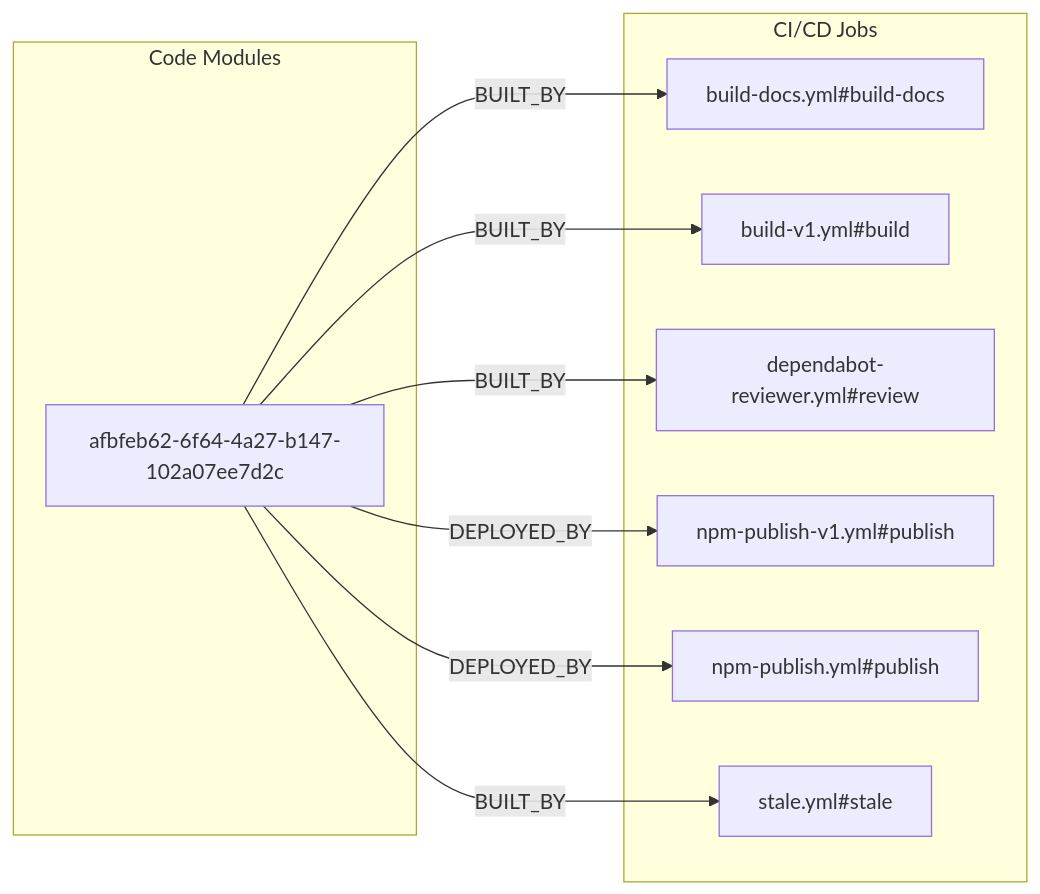
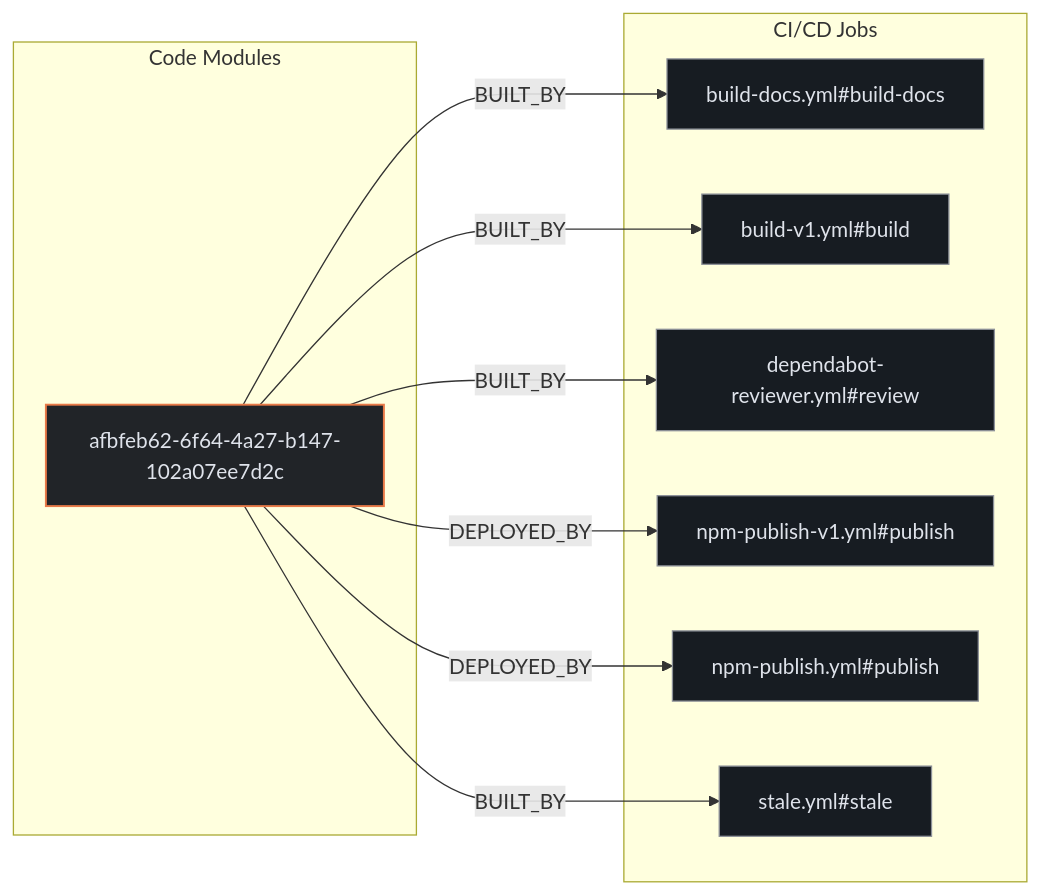
One commit to kumarshaz/atruss-code-atlas changed the second of 3 diagrams in exports/latest/reports/argoproj-argo-ui-report.md. Above: the diagram before and after it, drawn with Mermaid. The commit also changed other lines of this file and 331 other files, not shown here.

Commit message:
docs,ui,fix: update SDLC docs, reorder CI/CD DAG first, stylize Mermaid, and fix Arc42 pipeline topology

````diff
--- a/exports/latest/reports/argoproj-argo-ui-report.md
+++ b/exports/latest/reports/argoproj-argo-ui-report.md
@@ -200,20 +207,24 @@
 ```mermaid
 flowchart LR
+    classDef atlasCategory fill:#212428,stroke:#E87A48,stroke-width:1.5px,color:#dfe3eb
+    classDef atlasWorkflow fill:#1b2026,stroke:#a3c9ff,stroke-width:1.5px,color:#dfe3eb
+    classDef atlasJob fill:#171c22,stroke:#8d9199,stroke-width:1px,color:#dfe3eb
+    classDef atlasTarget fill:#005227,stroke:#8bd99b,stroke-width:1.5px,color:#a7f6b6
     subgraph code_modules["Code Modules"]
-        mod_afbfeb62_6f64_4a27_b147_102a07ee7d2c["afbfeb62-6f64-4a27-b147-102a07ee7d2c"]
+        mod_afbfeb62_6f64_4a27_b147_102a07ee7d2c["afbfeb62-6f64-4a27-b147-102a07ee7d2c"]:::atlasCategory
     end
     subgraph ci_jobs["CI/CD Jobs"]
-        job_build_docs_yml_build_docs["build-docs.yml#build-docs"]
-        job_build_v1_yml_build["build-v1.yml#build"]
-        job_dependabot_reviewer_yml_review["dependabot-reviewer.yml#review"]
-        job_npm_publish_v1_yml_publish["npm-publish-v1.yml#publish"]
-        job_npm_publish_yml_publish["npm-publish.yml#publish"]
-        job_stale_yml_stale["stale.yml#stale"]
+        job_build_docs_yml_build_docs["build-docs.yml#build-docs"]:::atlasJob
+        job_build_v1_yml_build["build-v1.yml#build"]:::atlasJob
+        job_dependabot_reviewer_yml_review["dependabot-reviewer.yml#review"]:::atlasJob
+        job_npm_publish_v1_yml_publish["npm-publish-v1.yml#publish"]:::atlasJob
+        job_npm_publish_yml_publish["npm-publish.yml#publish"]:::atlasJob
+        job_stale_yml_stale["stale.yml#stale"]:::atlasJob
     end
     mod_afbfeb62_6f64_4a27_b147_102a07ee7d2c -->|BUILT_BY| job_build_docs_yml_build_docs
     mod_afbfeb62_6f64_4a27_b147_102a07ee7d2c -->|BUILT_BY| job_build_v1_yml_build
     mod_afbfeb62_6f64_4a27_b147_102a07ee7d2c -->|BUILT_BY| job_dependabot_reviewer_yml_review
     mod_afbfeb62_6f64_4a27_b147_102a07ee7d2c -->|BUILT_BY| job_stale_yml_stale
     mod_afbfeb62_6f64_4a27_b147_102a07ee7d2c -->|DEPLOYED_BY| job_npm_publish_v1_yml_publish
     mod_afbfeb62_6f64_4a27_b147_102a07ee7d2c -->|DEPLOYED_BY| job_npm_publish_yml_publish
 ```
````
